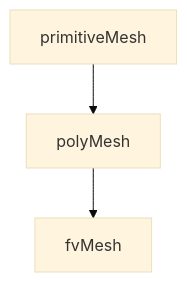
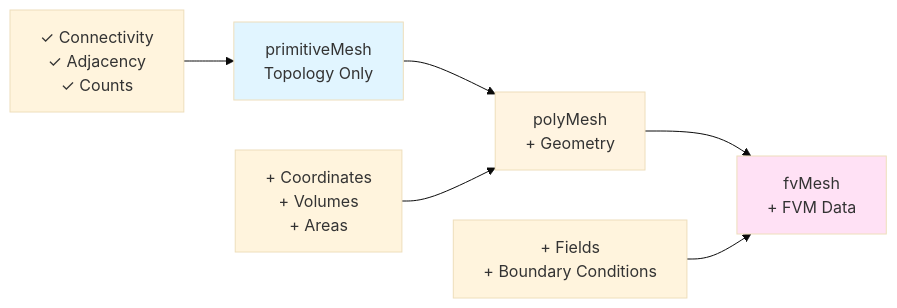
One commit to wramet/build-my-cfd changed the diagram in MODULE_05_OPENFOAM_PROGRAMMING/CONTENT/04_MESH_CLASSES/03_primitiveMesh.md. Above: the diagram before and after it, drawn with Mermaid (base theme). The commit also changed other lines of this file and 124 other files, not shown here.

````diff
--- a/MODULE_05_OPENFOAM_PROGRAMMING/CONTENT/04_MESH_CLASSES/03_primitiveMesh.md
+++ b/MODULE_05_OPENFOAM_PROGRAMMING/CONTENT/04_MESH_CLASSES/03_primitiveMesh.md
@@ -21,5 +53,13 @@
 ```mermaid
-flowchart TD
-    A[primitiveMesh] --> B[polyMesh]
-    B --> C[fvMesh]
+flowchart LR
+    A[primitiveMesh<br/>Topology Only] --> B[polyMesh<br/>+ Geometry]
+    B --> C[fvMesh<br/>+ FVM Data]
+    
+    D[✓ Connectivity<br/>✓ Adjacency<br/>✓ Counts] --> A
+    E[+ Coordinates<br/>+ Volumes<br/>+ Areas] --> B
+    F[+ Fields<br/>+ Boundary Conditions] --> C
+    
+    style A fill:#e1f5ff
+    style B fill:#fff4e1
+    style C fill:#ffe1f5
 ```
````
